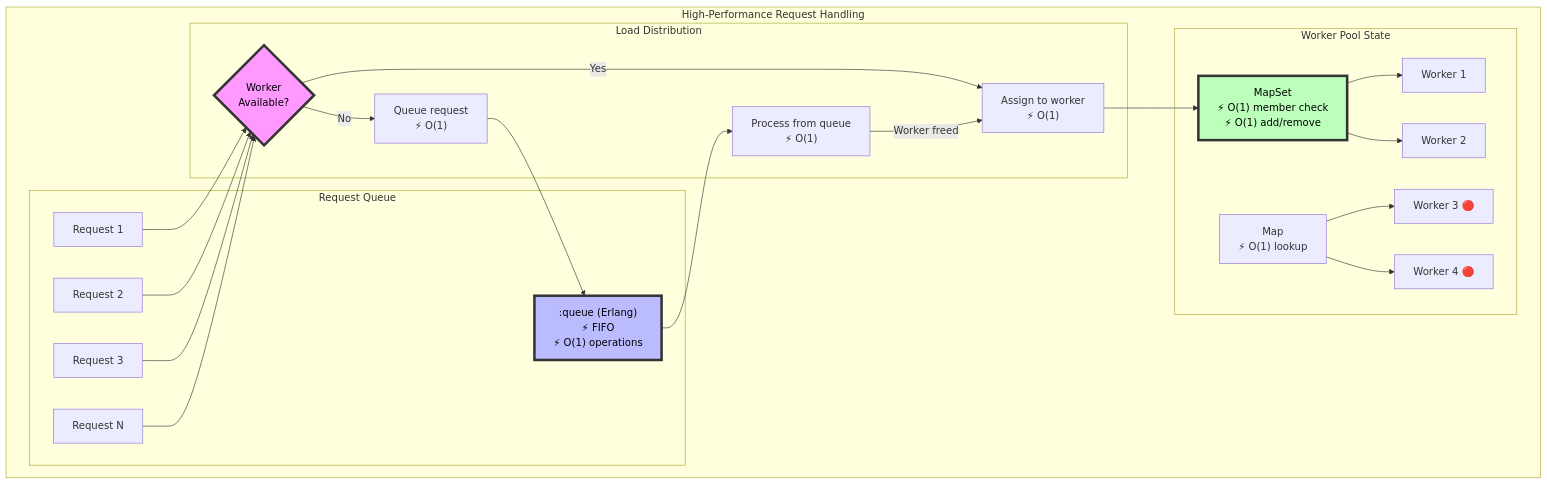
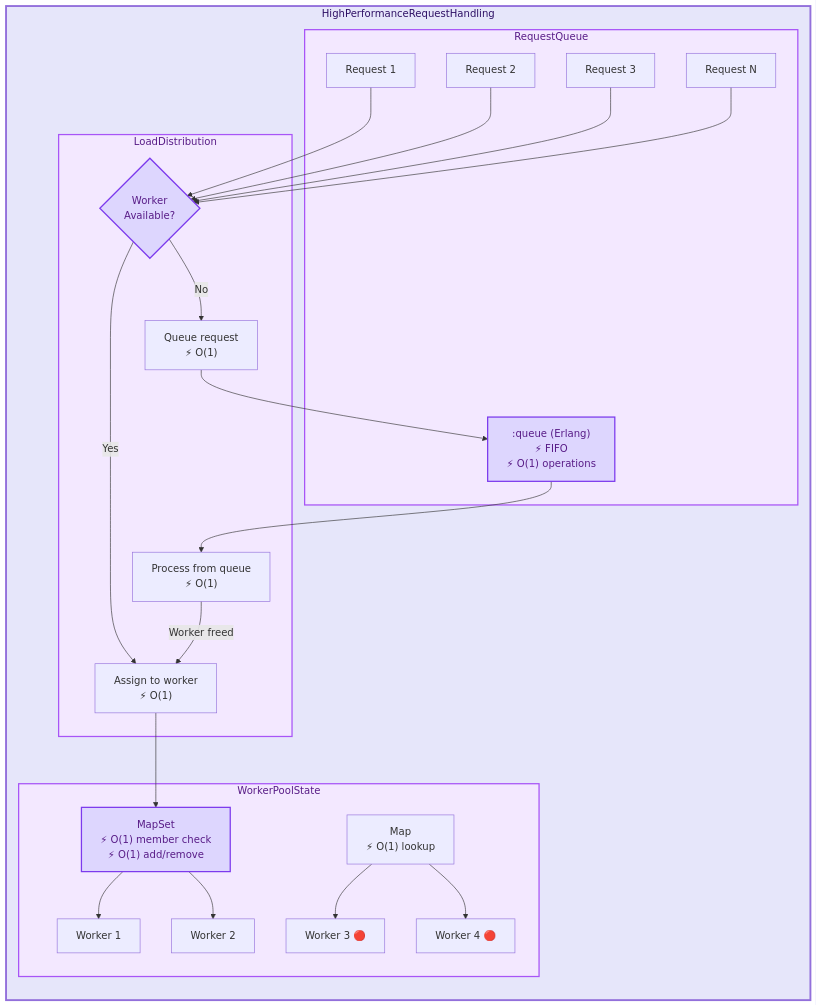
Before and after one commit to nshkrdotcom/snakepit: the sixth of 7 diagrams in DIAGS.md, drawn with Mermaid. The commit also changed other lines of this file, not shown here.

````diff
--- a/DIAGS.md
+++ b/DIAGS.md
@@ -239,53 +259,61 @@
 ```mermaid
-graph TB
-    subgraph "High-Performance Request Handling"
-        subgraph "Request Queue"
+graph LR
+    HighPerformanceRequestHandling["High Performance Request Handling"]
+    subgraph HighPerformanceRequestHandling
+        RequestQueue["Request Queue"]
+        subgraph RequestQueue
             Q[":queue (Erlang)<br/>⚡ FIFO<br/>⚡ O(1) operations"]
             R1["Request 1"]
             R2["Request 2"]
             R3["Request 3"]
             RN["Request N"]
         end
         
-        subgraph "Worker Pool State"
+        WorkerPoolState["Worker Pool State"]
+        subgraph WorkerPoolState
             Available["MapSet<br/>⚡ O(1) member check<br/>⚡ O(1) add/remove"]
             Busy["Map<br/>⚡ O(1) lookup"]
             
             AW1["Worker 1"]
             AW2["Worker 2"]
             BW3["Worker 3 🔴"]
             BW4["Worker 4 🔴"]
         end
         
-        subgraph "Load Distribution"
+        LoadDistribution["Load Distribution"]
+        subgraph LoadDistribution
             Check{"Worker<br/>Available?"}
             Assign["Assign to worker<br/>⚡ O(1)"]
             Queue["Queue request<br/>⚡ O(1)"]
             Dequeue["Process from queue<br/>⚡ O(1)"]
         end
     end
     
     R1 --> Check
     R2 --> Check
     R3 --> Check
     RN --> Check
     
     Check -->|Yes| Assign
     Check -->|No| Queue
     
     Queue --> Q
     Q --> Dequeue
     
     Assign --> Available
     Available --> AW1
     Available --> AW2
     
     Busy --> BW3
     Busy --> BW4
     
     Dequeue -->|Worker freed| Assign
     
-    style Q fill:#bbf,stroke:#333,stroke-width:4px,color:#000
-    style Available fill:#bfb,stroke:#333,stroke-width:4px,color:#000
-    style Check fill:#f9f,stroke:#333,stroke-width:4px,color:#000
+    style HighPerformanceRequestHandling fill:#e6e6fa,stroke:#9370db,stroke-width:3px,color:#2e1065
+    style RequestQueue fill:#f3e8ff,stroke:#a855f7,stroke-width:2px,color:#581c87
+    style WorkerPoolState fill:#f3e8ff,stroke:#a855f7,stroke-width:2px,color:#581c87
+    style LoadDistribution fill:#f3e8ff,stroke:#a855f7,stroke-width:2px,color:#581c87
+    style Q fill:#ddd6fe,stroke:#7c3aed,stroke-width:2px,color:#581c87
+    style Available fill:#ddd6fe,stroke:#7c3aed,stroke-width:2px,color:#581c87
+    style Check fill:#ddd6fe,stroke:#7c3aed,stroke-width:2px,color:#581c87
 ```
````
